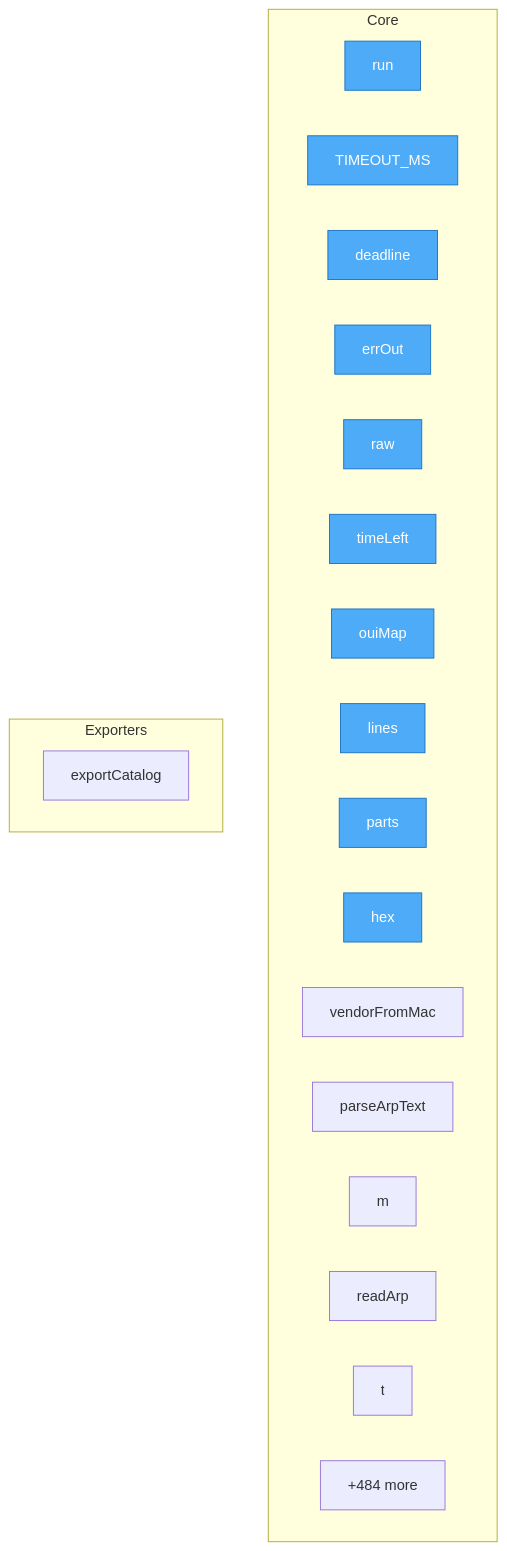
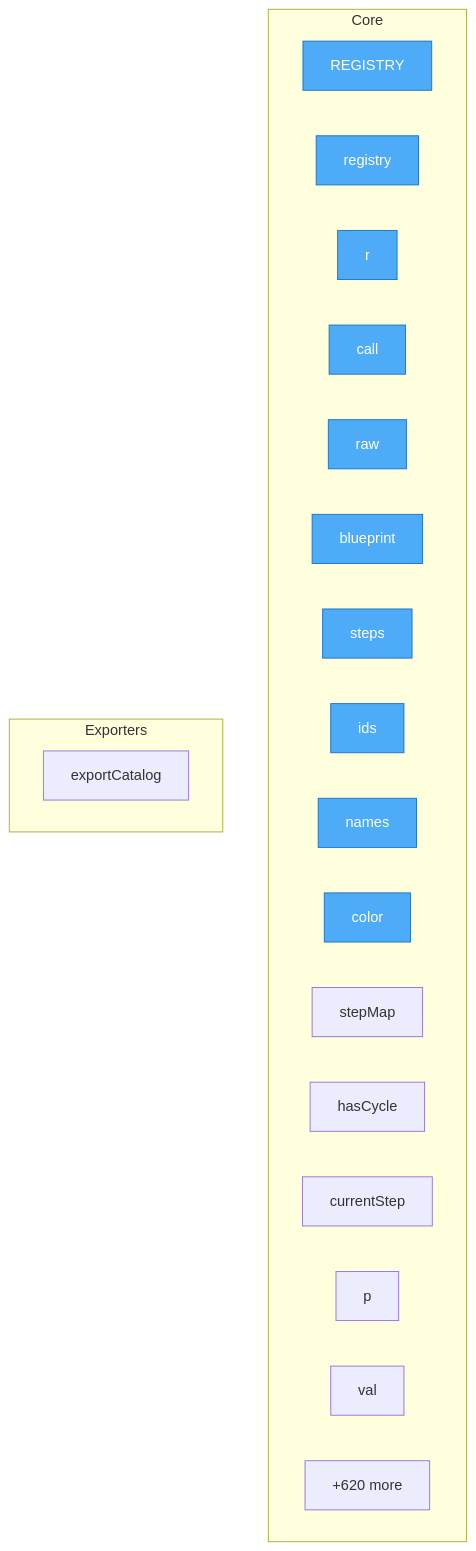
Before and after one commit to paxlet-com/taskand: the diagram in project/flow.mmd, drawn with Mermaid. The commit also changed 53 other files, not shown here.

```diff
--- a/project/flow.mmd
+++ b/project/flow.mmd
@@ -1,30 +1,30 @@
 flowchart TD
 %% generated in 0.01s
 
     %% Entry points (blue)
     classDef entry fill:#4dabf7,stroke:#1971c2,color:#fff
 
     subgraph Core
-        generated__admin__network_device_discovery__taskand__dev__v1__bin__run["run"]
-        generated__admin__network_device_discovery__taskand__dev__v1__bin__TIMEOUT_MS["TIMEOUT_MS"]
-        generated__admin__network_device_discovery__taskand__dev__v1__bin__deadline["deadline"]
-        generated__admin__network_device_discovery__taskand__dev__v1__bin__errOut["errOut"]
-        generated__admin__network_device_discovery__taskand__dev__v1__bin__raw["raw"]
-        generated__admin__network_device_discovery__taskand__dev__v1__bin__timeLeft["timeLeft"]
-        generated__admin__network_device_discovery__taskand__dev__v1__bin__ouiMap["ouiMap"]
-        generated__admin__network_device_discovery__taskand__dev__v1__bin__lines["lines"]
-        generated__admin__network_device_discovery__taskand__dev__v1__bin__parts["parts"]
-        generated__admin__network_device_discovery__taskand__dev__v1__bin__hex["hex"]
-        generated__admin__network_device_discovery__taskand__dev__v1__bin__vendorFromMac["vendorFromMac"]
-        generated__admin__network_device_discovery__taskand__dev__v1__bin__parseArpText["parseArpText"]
-        generated__admin__network_device_discovery__taskand__dev__v1__bin__m["m"]
-        generated__admin__network_device_discovery__taskand__dev__v1__bin__readArp["readArp"]
-        generated__admin__network_device_discovery__taskand__dev__v1__bin__t["t"]
-        ...["+484 more"]
+        generated__validator__resolve__taskand__dev__v1__registry_client__REGISTRY["REGISTRY"]
+        generated__validator__resolve__taskand__dev__v1__registry_client__registry["registry"]
+        generated__validator__resolve__taskand__dev__v1__registry_client__r["r"]
+        generated__validator__resolve__taskand__dev__v1__registry_client__call["call"]
+        generated__validator__resolve__taskand__dev__v1__bin__raw["raw"]
+        generated__validator__resolve__taskand__dev__v1__bin__blueprint["blueprint"]
+        generated__validator__resolve__taskand__dev__v1__bin__steps["steps"]
+        generated__validator__resolve__taskand__dev__v1__bin__ids["ids"]
+        generated__validator__resolve__taskand__dev__v1__bin__names["names"]
+        generated__validator__resolve__taskand__dev__v1__bin__color["color"]
+        generated__validator__resolve__taskand__dev__v1__bin__stepMap["stepMap"]
+        generated__validator__resolve__taskand__dev__v1__bin__hasCycle["hasCycle"]
+        generated__validator__resolve__taskand__dev__v1__bin__currentStep["currentStep"]
+        generated__validator__resolve__taskand__dev__v1__bin__p["p"]
+        generated__validator__resolve__taskand__dev__v1__bin__val["val"]
+        ...["+620 more"]
     end
 
     subgraph Exporters
         generated__registry__core__taskand__dev__v1__federation__exportCatalog["exportCatalog"]
     end
 
-    class generated__admin__network_device_discovery__taskand__dev__v1__bin__run,generated__admin__network_device_discovery__taskand__dev__v1__bin__TIMEOUT_MS,generated__admin__network_device_discovery__taskand__dev__v1__bin__deadline,generated__admin__network_device_discovery__taskand__dev__v1__bin__errOut,generated__admin__network_device_discovery__taskand__dev__v1__bin__raw,generated__admin__network_device_discovery__taskand__dev__v1__bin__timeLeft,generated__admin__network_device_discovery__taskand__dev__v1__bin__ouiMap,generated__admin__network_device_discovery__taskand__dev__v1__bin__lines,generated__admin__network_device_discovery__taskand__dev__v1__bin__parts,generated__admin__network_device_discovery__taskand__dev__v1__bin__hex entry
+    class generated__validator__resolve__taskand__dev__v1__registry_client__REGISTRY,generated__validator__resolve__taskand__dev__v1__registry_client__registry,generated__validator__resolve__taskand__dev__v1__registry_client__r,generated__validator__resolve__taskand__dev__v1__registry_client__call,generated__validator__resolve__taskand__dev__v1__bin__raw,generated__validator__resolve__taskand__dev__v1__bin__blueprint,generated__validator__resolve__taskand__dev__v1__bin__steps,generated__validator__resolve__taskand__dev__v1__bin__ids,generated__validator__resolve__taskand__dev__v1__bin__names,generated__validator__resolve__taskand__dev__v1__bin__color entry
```
